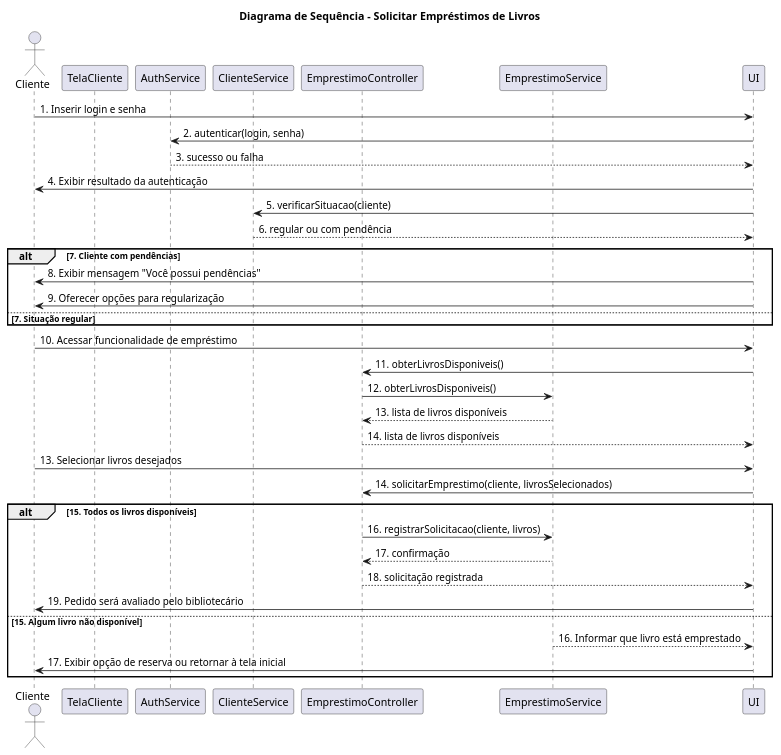
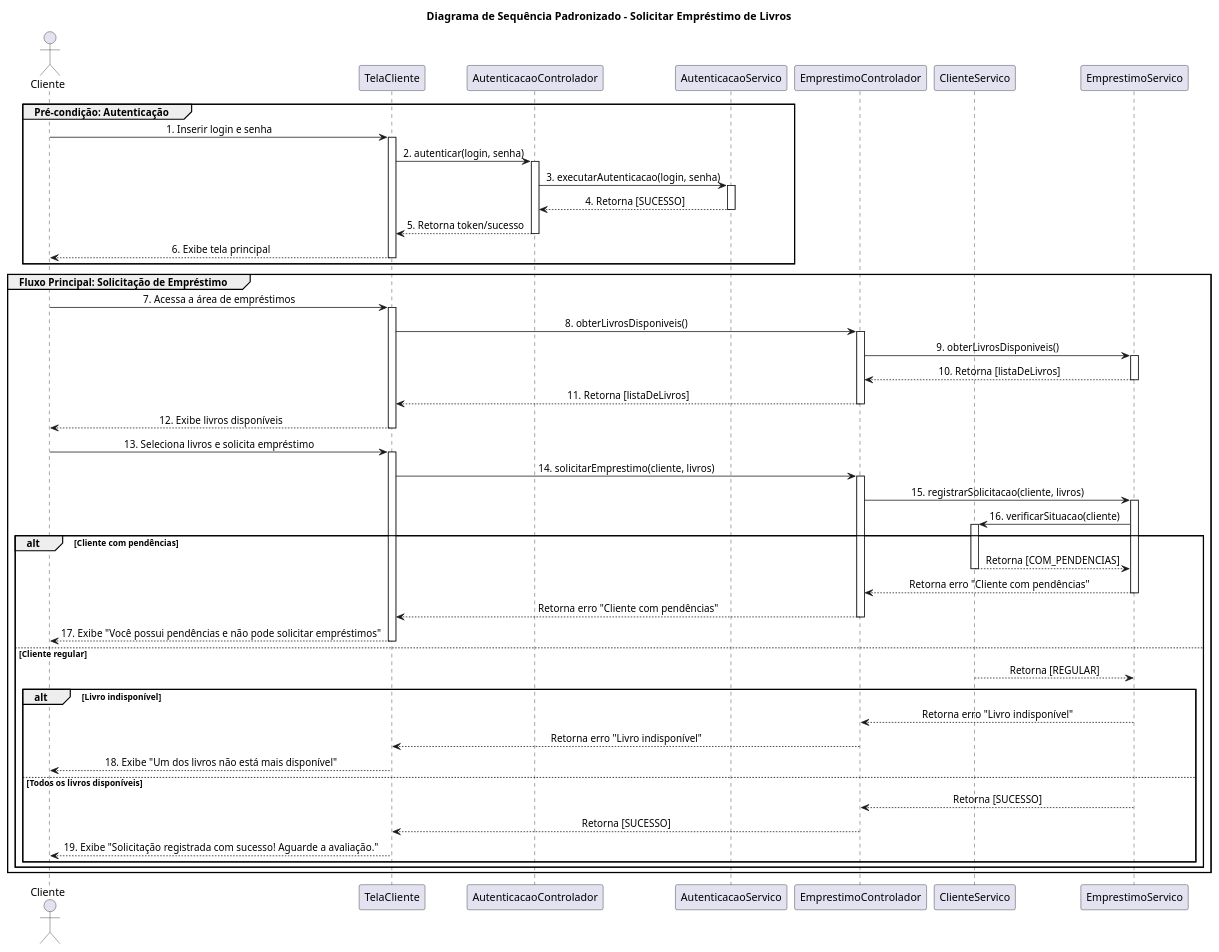
The diagram in sequencia/sequencia_solicitar_emprestimos.iuml (felipehidequel/aps-biblioteca), drawn with PlantUML before and after one commit.

Commit message:
docs(uml): refatorado diagrama de sequencia que solicita emprestimo

```diff
--- a/sequencia/sequencia_solicitar_emprestimos.iuml
+++ b/sequencia/sequencia_solicitar_emprestimos.iuml
@@ -1,48 +1,61 @@
 @startuml
-title Diagrama de Sequência - Solicitar Empréstimos de Livros 
+title Diagrama de Sequência Padronizado - Solicitar Empréstimo de Livros
 
 actor Cliente
 participant TelaCliente
-participant AuthService
-participant ClienteService
-participant EmprestimoController
-participant EmprestimoService
+participant AutenticacaoControlador
+participant AutenticacaoServico
+participant EmprestimoControlador
+participant ClienteServico
+participant EmprestimoServico
 
-' 1. Pré-condições: Autenticação
-Cliente -> UI : 1. Inserir login e senha
-UI -> AuthService : 2. autenticar(login, senha)
-AuthService --> UI : 3. sucesso ou falha
-UI -> Cliente : 4. Exibir resultado da autenticação
+skinparam sequenceMessageAlign center
 
-' 2. Verificar situação do cliente
-UI -> ClienteService : 5. verificarSituacao(cliente)
-ClienteService --> UI : 6. regular ou com pendência
-
-alt 7. Cliente com pendências
-    UI -> Cliente : 8. Exibir mensagem "Você possui pendências"
-    UI -> Cliente : 9. Oferecer opções para regularização
-else 7. Situação regular
-    ' Fluxo segue normalmente
+group Pré-condição: Autenticação
+    Cliente -> TelaCliente ++ : 1. Inserir login e senha
+    TelaCliente -> AutenticacaoControlador ++ : 2. autenticar(login, senha)
+    AutenticacaoControlador -> AutenticacaoServico ++ : 3. executarAutenticacao(login, senha)
+    AutenticacaoServico --> AutenticacaoControlador -- : 4. Retorna [SUCESSO]
+    AutenticacaoControlador --> TelaCliente -- : 5. Retorna token/sucesso
+    TelaCliente --> Cliente -- : 6. Exibe tela principal
 end
 
-' 3. Fluxo Principal
-Cliente -> UI : 10. Acessar funcionalidade de empréstimo
-UI -> EmprestimoController : 11. obterLivrosDisponiveis()
-EmprestimoController -> EmprestimoService : 12. obterLivrosDisponiveis()
-EmprestimoService --> EmprestimoController : 13. lista de livros disponíveis
-EmprestimoController --> UI : 14. lista de livros disponíveis
+group Fluxo Principal: Solicitação de Empréstimo
 
-Cliente -> UI : 13. Selecionar livros desejados
-UI -> EmprestimoController : 14. solicitarEmprestimo(cliente, livrosSelecionados)
+    Cliente -> TelaCliente ++ : 7. Acessa a área de empréstimos
+    TelaCliente -> EmprestimoControlador ++ : 8. obterLivrosDisponiveis()
+    EmprestimoControlador -> EmprestimoServico ++ : 9. obterLivrosDisponiveis()
+    EmprestimoServico --> EmprestimoControlador -- : 10. Retorna [listaDeLivros]
+    EmprestimoControlador --> TelaCliente -- : 11. Retorna [listaDeLivros]
+    TelaCliente --> Cliente -- : 12. Exibe livros disponíveis
 
-alt 15. Todos os livros disponíveis
-    EmprestimoController -> EmprestimoService : 16. registrarSolicitacao(cliente, livros)
-    EmprestimoService --> EmprestimoController : 17. confirmação
-    EmprestimoController --> UI : 18. solicitação registrada
-    UI -> Cliente : 19. Pedido será avaliado pelo bibliotecário
-else 15. Algum livro não disponível
-    EmprestimoService --> UI : 16. Informar que livro está emprestado
-    UI -> Cliente : 17. Exibir opção de reserva ou retornar à tela inicial
+    Cliente -> TelaCliente ++ : 13. Seleciona livros e solicita empréstimo
+    TelaCliente -> EmprestimoControlador ++ : 14. solicitarEmprestimo(cliente, livros)
+    EmprestimoControlador -> EmprestimoServico ++ : 15. registrarSolicitacao(cliente, livros)
+    
+    ' Lógica de negócio é centralizada no EmprestimoServico
+    EmprestimoServico -> ClienteServico ++ : 16. verificarSituacao(cliente)
+    
+    alt Cliente com pendências
+        ClienteServico --> EmprestimoServico -- : Retorna [COM_PENDENCIAS]
+        EmprestimoServico --> EmprestimoControlador -- : Retorna erro "Cliente com pendências"
+        EmprestimoControlador --> TelaCliente -- : Retorna erro "Cliente com pendências"
+        TelaCliente --> Cliente --: 17. Exibe "Você possui pendências e não pode solicitar empréstimos"
+    
+    else Cliente regular
+        ClienteServico --> EmprestimoServico -- : Retorna [REGULAR]
+        
+        ' EmprestimoServico continua a verificação (ex: disponibilidade dos livros)
+        alt Livro indisponível
+            EmprestimoServico --> EmprestimoControlador -- : Retorna erro "Livro indisponível"
+            EmprestimoControlador --> TelaCliente -- : Retorna erro "Livro indisponível"
+            TelaCliente --> Cliente --: 18. Exibe "Um dos livros não está mais disponível"
+        
+        else Todos os livros disponíveis
+            EmprestimoServico --> EmprestimoControlador -- : Retorna [SUCESSO]
+            EmprestimoControlador --> TelaCliente -- : Retorna [SUCESSO]
+            TelaCliente --> Cliente --: 19. Exibe "Solicitação registrada com sucesso! Aguarde a avaliação."
+        end
+    end
 end
-
 @enduml
```
